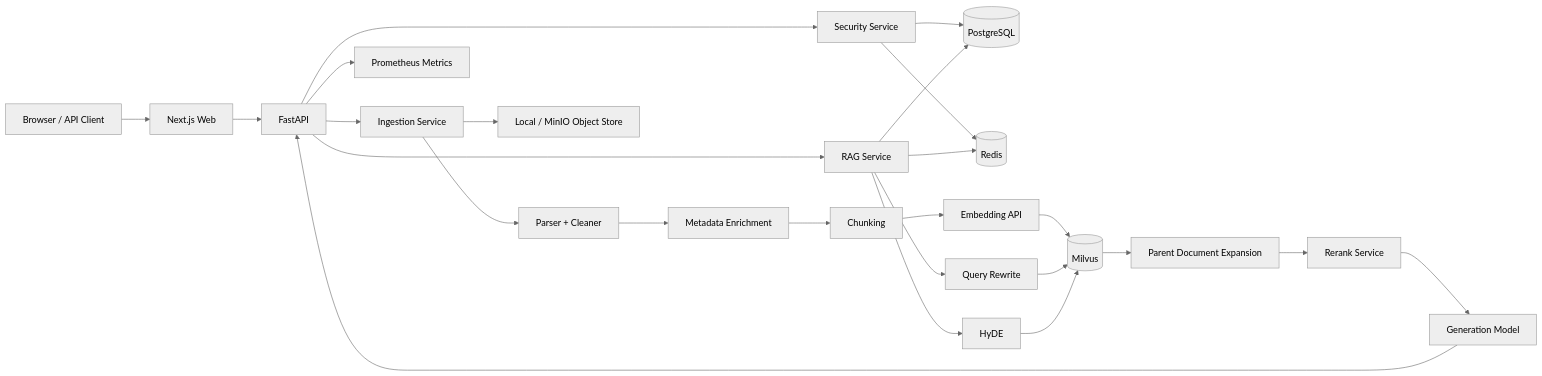
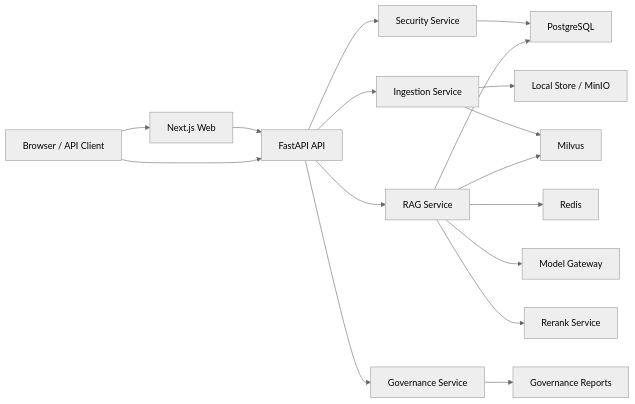
The first of 3 diagrams in README.md (DaffyBear/Wa7erRAG), drawn with Mermaid (neutral theme) before and after one commit. The commit also changed other lines of this file and 3 other files, not shown here.

````diff
--- a/README.md
+++ b/README.md
@@ -122,31 +124,21 @@
 ```mermaid
 flowchart LR
     U["Browser / API Client"] --> W["Next.js Web"]
-    W --> A["FastAPI"]
+    W --> A["FastAPI API"]
+    U --> A
 
-    A --> SEC["Security Service"]
-    SEC --> PG[(PostgreSQL)]
-    SEC --> RD[(Redis)]
+    A --> S["Security Service"]
+    A --> I["Ingestion Service"]
+    A --> R["RAG Service"]
+    A --> G["Governance Service"]
 
-    A --> ING["Ingestion Service"]
-    ING --> PARSE["Parser + Cleaner"]
-    PARSE --> META["Metadata Enrichment"]
-    META --> CHUNK["Chunking"]
-    CHUNK --> EMB["Embedding API"]
-    EMB --> MV[(Milvus)]
-    ING --> OBJ["Local / MinIO Object Store"]
-
-    A --> RAG["RAG Service"]
-    RAG --> RW["Query Rewrite"]
-    RAG --> HYDE["HyDE"]
-    RW --> MV
-    HYDE --> MV
-    MV --> PARENT["Parent Document Expansion"]
-    PARENT --> RR["Rerank Service"]
-    RR --> LLM["Generation Model"]
-    LLM --> A
-
-    RAG --> PG
-    RAG --> RD
-    A --> PROM["Prometheus Metrics"]
+    S --> PG["PostgreSQL"]
+    I --> OS["Local Store / MinIO"]
+    I --> M["Milvus"]
+    R --> M
+    R --> RD["Redis"]
+    R --> PG
+    R --> MG["Model Gateway"]
+    R --> RR["Rerank Service"]
+    G --> FS["Governance Reports"]
 ```
````
